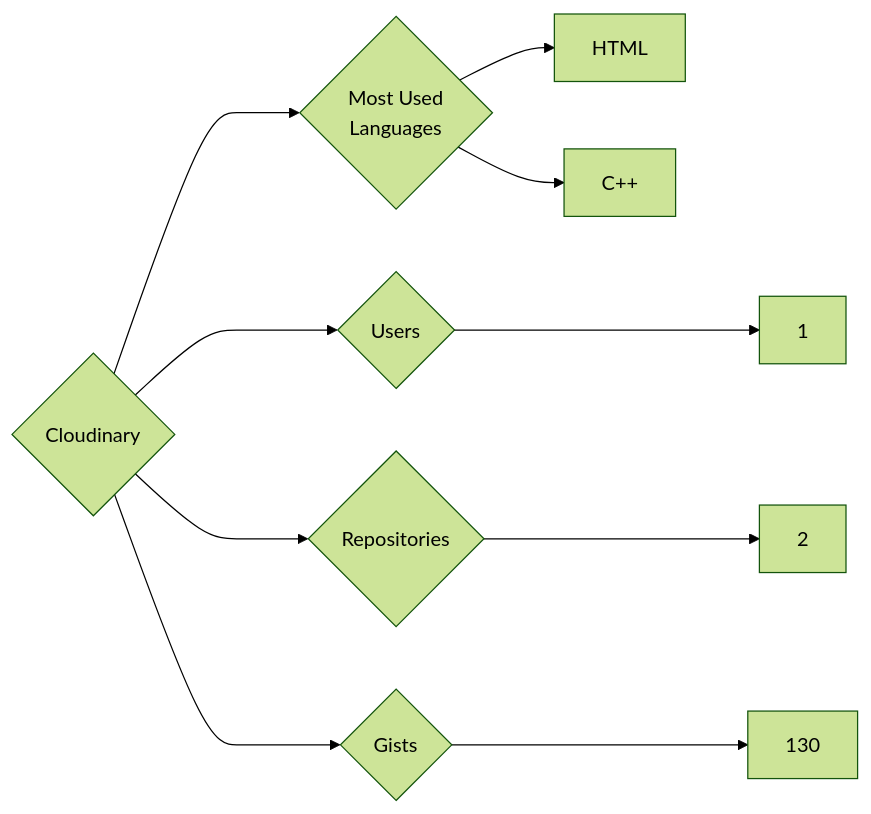
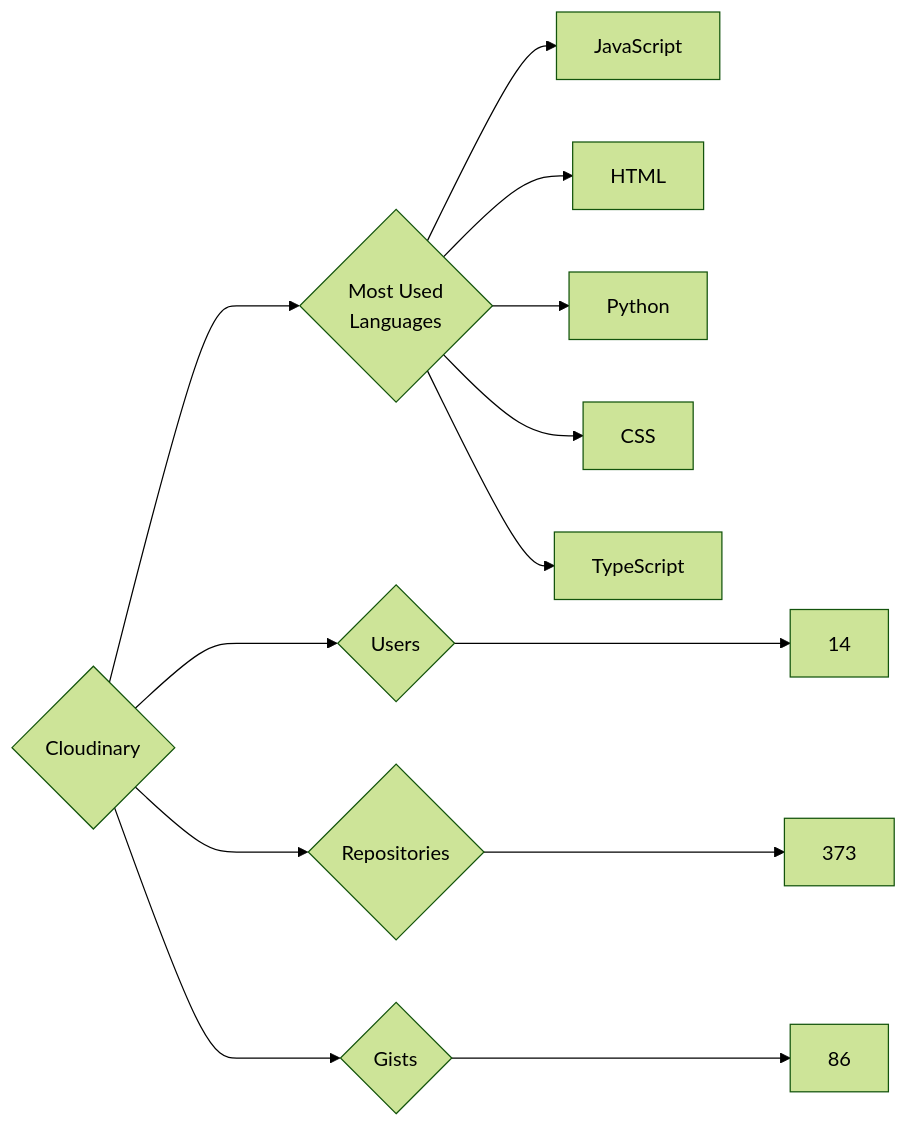
One commit to trickest/insiders changed the diagram in targets/Cloudinary/README.md. Above: the diagram before and after it, drawn with Mermaid (forest theme). The commit also changed 1167 other files, not shown here.

````diff
--- a/targets/Cloudinary/README.md
+++ b/targets/Cloudinary/README.md
@@ -3,10 +3,13 @@
 ```mermaid
 graph LR
 COMPANY_NAME{Cloudinary}
-COMPANY_NAME ---> U{Users} ---> UN[1]
-COMPANY_NAME ---> R{Repositories} ---> RN[2]
-COMPANY_NAME ---> G{Gists} ---> GN[130]
+COMPANY_NAME ---> U{Users} ---> UN[14]
+COMPANY_NAME ---> R{Repositories} ---> RN[373]
+COMPANY_NAME ---> G{Gists} ---> GN[86]
 COMPANY_NAME ---> ML{Most Used<br>Languages}
+ML --> JavaScript[JavaScript]
 ML --> HTML[HTML]
-ML --> C++[C++]
+ML --> Python[Python]
+ML --> CSS[CSS]
+ML --> TypeScript[TypeScript]
 ```
````
